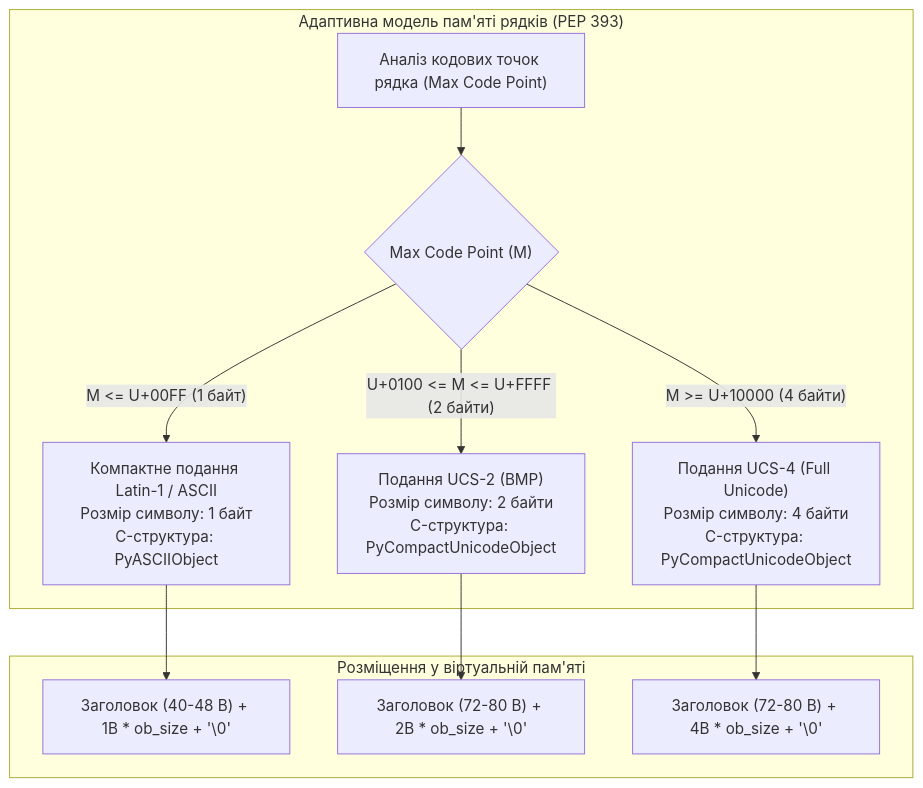
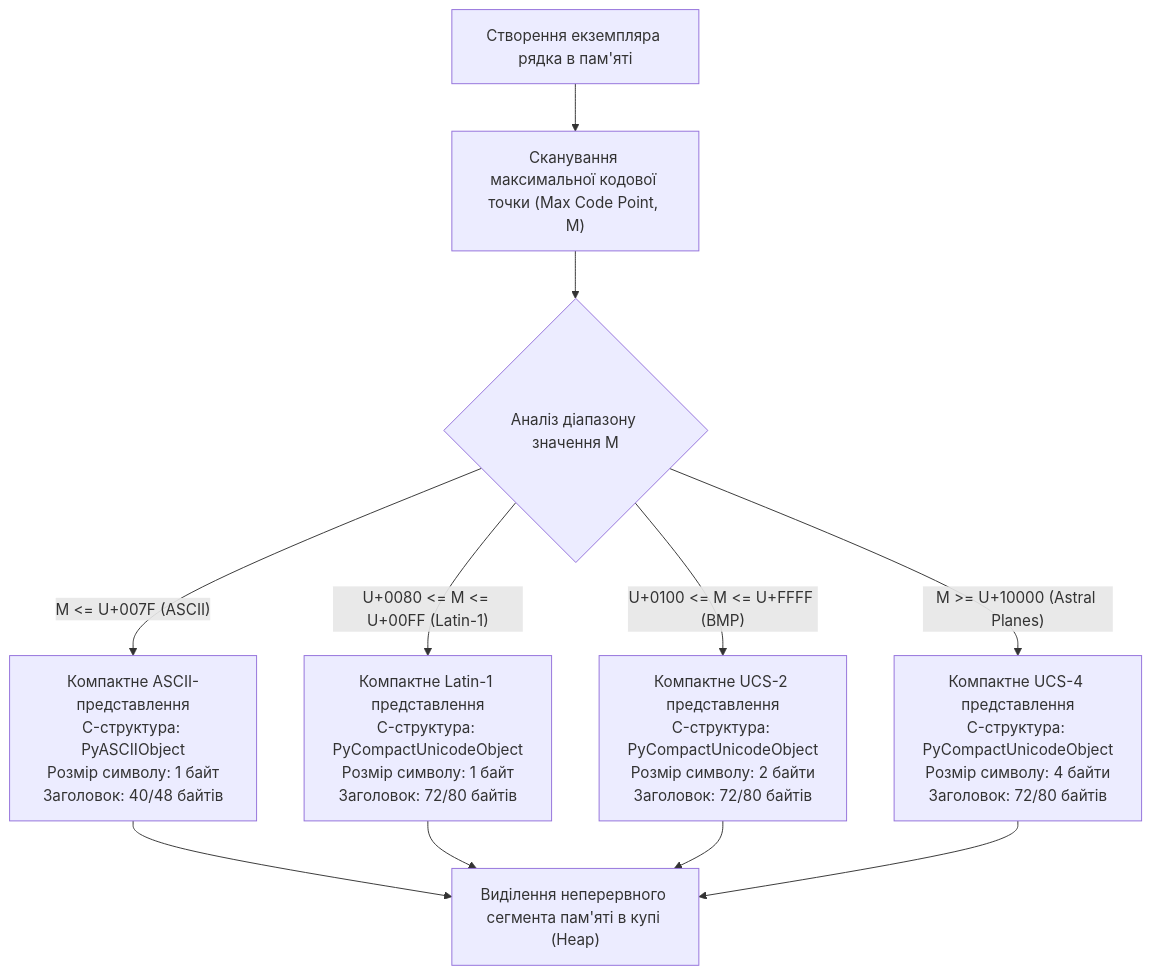
Before and after one commit to KyryloVadurin/python-programming: the first of 4 diagrams in docs/lk/lk4.md, drawn with Mermaid. The commit also changed other lines of this file, not shown here.

````diff
--- a/docs/lk/lk4.md
+++ b/docs/lk/lk4.md
@@ -13,16 +46,16 @@
 ```mermaid
 flowchart TD
-    subgraph PEP393_Selection["Адаптивна модель пам'яті рядків (PEP 393)"]
-        InputText["Аналіз кодових точок рядка (Max Code Point)"] --> CheckMax{"Max Code Point (M)"}
-        
-        CheckMax -- "M <= U+00FF (1 байт)" --> Latin1["Компактне подання Latin-1 / ASCII\nРозмір символу: 1 байт\nC-структура: PyASCIIObject"]
-        CheckMax -- "U+0100 <= M <= U+FFFF (2 байти)" --> UCS2["Подання UCS-2 (BMP)\nРозмір символу: 2 байти\nC-структура: PyCompactUnicodeObject"]
-        CheckMax -- "M >= U+10000 (4 байти)" --> UCS4["Подання UCS-4 (Full Unicode)\nРозмір символу: 4 байти\nC-структура: PyCompactUnicodeObject"]
-    end
+    StartCheck["Створення екземпляра рядка в пам'яті"] --> ScanMax["Сканування максимальної кодової точки (Max Code Point, M)"]
+    
+    ScanMax --> ConditionCheck{"Аналіз діапазону значення M"}
+    
+    ConditionCheck -- "M <= U+007F (ASCII)" --> AllocASCII["Компактне ASCII-представлення\nC-структура: PyASCIIObject\nРозмір символу: 1 байт\nЗаголовок: 40/48 байтів"]
+    ConditionCheck -- "U+0080 <= M <= U+00FF (Latin-1)" --> AllocLatin1["Компактне Latin-1 представлення\nC-структура: PyCompactUnicodeObject\nРозмір символу: 1 байт\nЗаголовок: 72/80 байтів"]
+    ConditionCheck -- "U+0100 <= M <= U+FFFF (BMP)" --> AllocUCS2["Компактне UCS-2 представлення\nC-структура: PyCompactUnicodeObject\nРозмір символу: 2 байти\nЗаголовок: 72/80 байтів"]
+    ConditionCheck -- "M >= U+10000 (Astral Planes)" --> AllocUCS4["Компактне UCS-4 представлення\nC-структура: PyCompactUnicodeObject\nРозмір символу: 4 байти\nЗаголовок: 72/80 байтів"]
 
-    subgraph Memory_Layout["Розміщення у віртуальній пам'яті"]
-        Latin1 --> HeapMem1["Заголовок (40-48 B) + 1B * ob_size + '\0'"]
-        UCS2 --> HeapMem2["Заголовок (72-80 B) + 2B * ob_size + '\0'"]
-        UCS4 --> HeapMem3["Заголовок (72-80 B) + 4B * ob_size + '\0'"]
-    end
+    AllocASCII --> FinalMemory["Виділення неперервного сегмента пам'яті в купі (Heap)"]
+    AllocLatin1 --> FinalMemory
+    AllocUCS2 --> FinalMemory
+    AllocUCS4 --> FinalMemory
 ```
````
